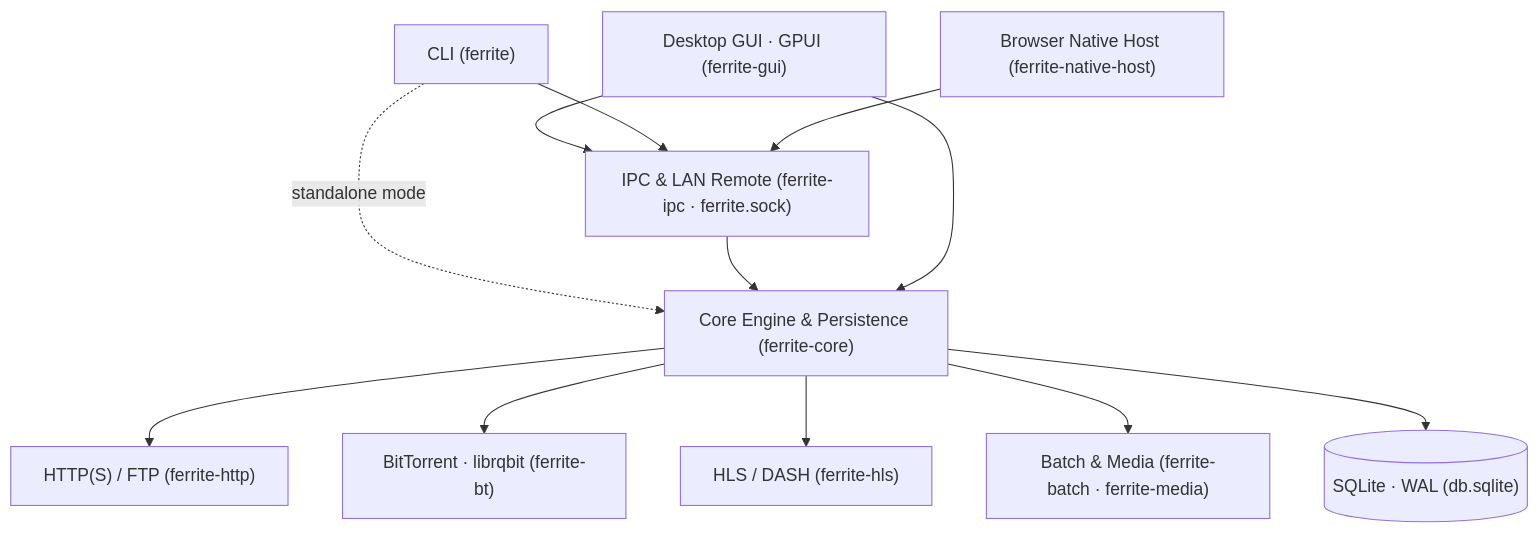
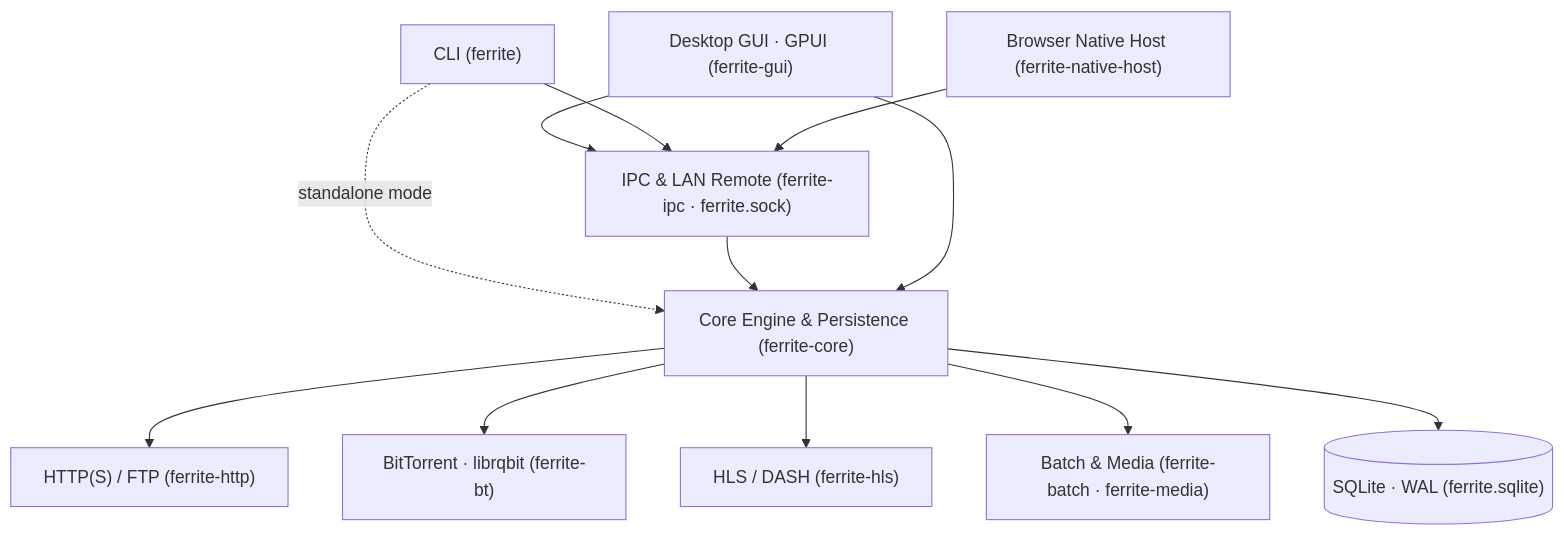
The diagram in README.md (itsarian/ferrite), drawn with Mermaid before and after one commit. The commit also changed other lines of this file, not shown here.

Commit message:
docs: use exact ferrite.sqlite filename in README

````diff
--- a/README.md
+++ b/README.md
@@ -219,14 +219,14 @@
 ```mermaid
 flowchart TD
     GUI["Desktop GUI · GPUI (ferrite-gui)"] --> IPC["IPC & LAN Remote (ferrite-ipc · ferrite.sock)"]
     CLI["CLI (ferrite)"] --> IPC
     CLI -. "standalone mode" .-> CORE
     NH["Browser Native Host (ferrite-native-host)"] --> IPC
     IPC --> CORE["Core Engine & Persistence (ferrite-core)"]
     GUI --> CORE
     CORE --> HTTP["HTTP(S) / FTP (ferrite-http)"]
     CORE --> BT["BitTorrent · librqbit (ferrite-bt)"]
     CORE --> HLS["HLS / DASH (ferrite-hls)"]
     CORE --> BATCH["Batch & Media (ferrite-batch · ferrite-media)"]
-    CORE --> DB[("SQLite · WAL (db.sqlite)")]
+    CORE --> DB[("SQLite · WAL (ferrite.sqlite)")]
 ```
````
